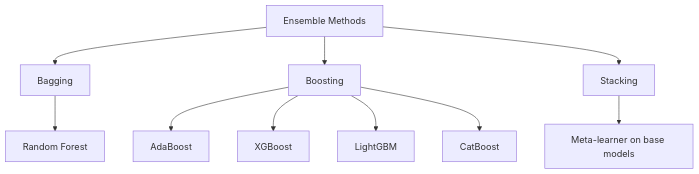
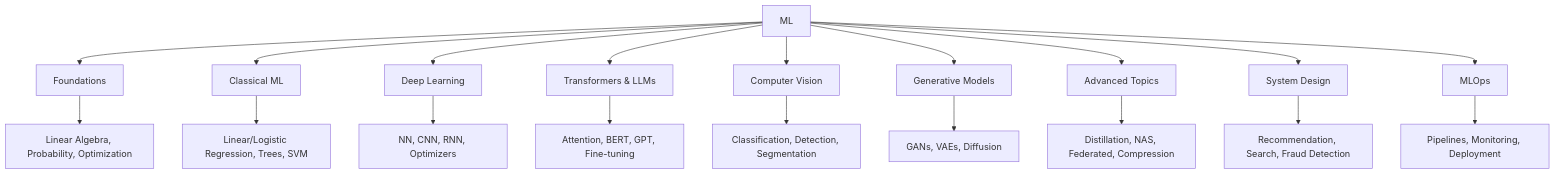
Before and after one commit to vanos001/placement_prep: the third of 3 diagrams in src/ml/overview.md, drawn with Mermaid. The commit also changed other lines of this file and 2 other files, not shown here.

Commit message:
ML Part 2 complete: GANs (5), GNNs (5), Time Series (5), MLOps (19), Advanced ML (8), ML System Design (10), LLM SOTA (9), ML Overview (1) - 62 files, 301KB

````diff
--- a/src/ml/overview.md
+++ b/src/ml/overview.md
@@ -140,12 +52,21 @@
 ```mermaid
 graph TD
-    A[Ensemble Methods] --> B[Bagging]
-    A --> C[Boosting]
-    A --> D[Stacking]
-    B --> E[Random Forest]
-    C --> F[AdaBoost]
-    C --> G[XGBoost]
-    C --> H[LightGBM]
-    C --> I[CatBoost]
-    D --> J[Meta-learner on base models]
+    A[ML] --> B[Foundations]
+    A --> C[Classical ML]
+    A --> D[Deep Learning]
+    A --> E[Transformers & LLMs]
+    A --> F[Computer Vision]
+    A --> G[Generative Models]
+    A --> H[Advanced Topics]
+    A --> I[System Design]
+    A --> J[MLOps]
+    B --> B1[Linear Algebra, Probability, Optimization]
+    C --> C1[Linear/Logistic Regression, Trees, SVM]
+    D --> D1[NN, CNN, RNN, Optimizers]
+    E --> E1[Attention, BERT, GPT, Fine-tuning]
+    F --> F1[Classification, Detection, Segmentation]
+    G --> G1[GANs, VAEs, Diffusion]
+    H --> H1[Distillation, NAS, Federated, Compression]
+    I --> I1[Recommendation, Search, Fraud Detection]
+    J --> J1[Pipelines, Monitoring, Deployment]
 ```
````
